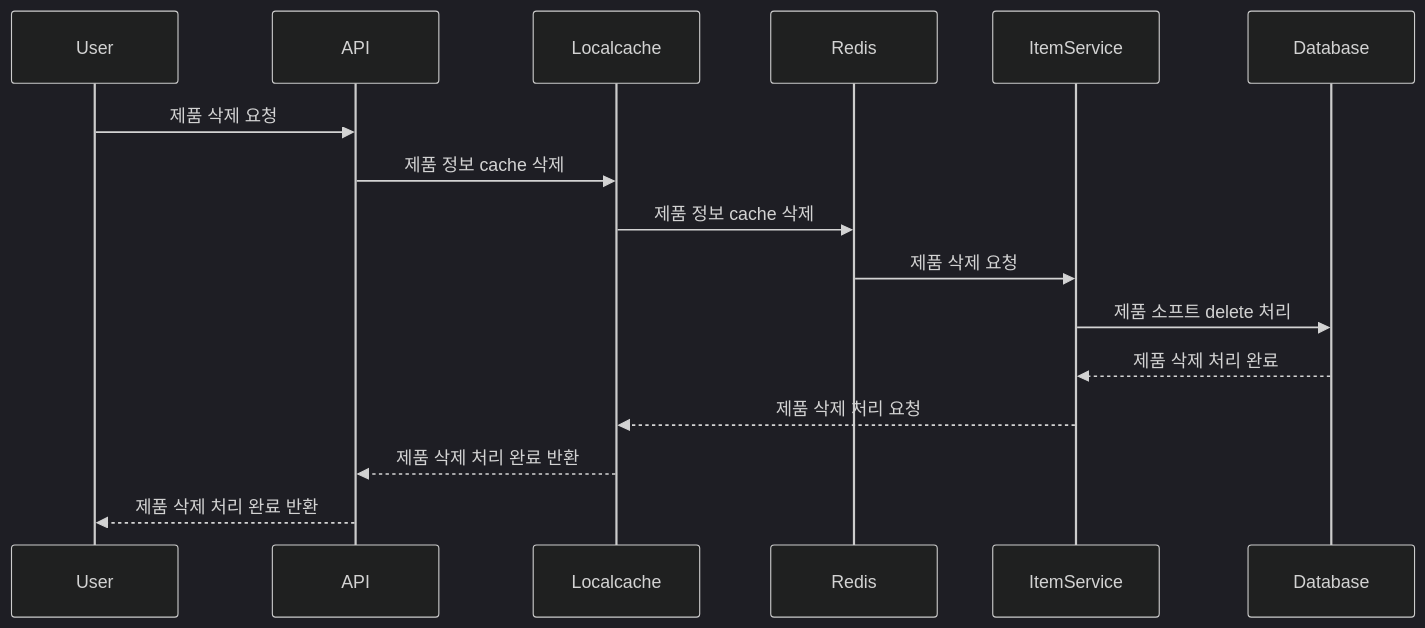
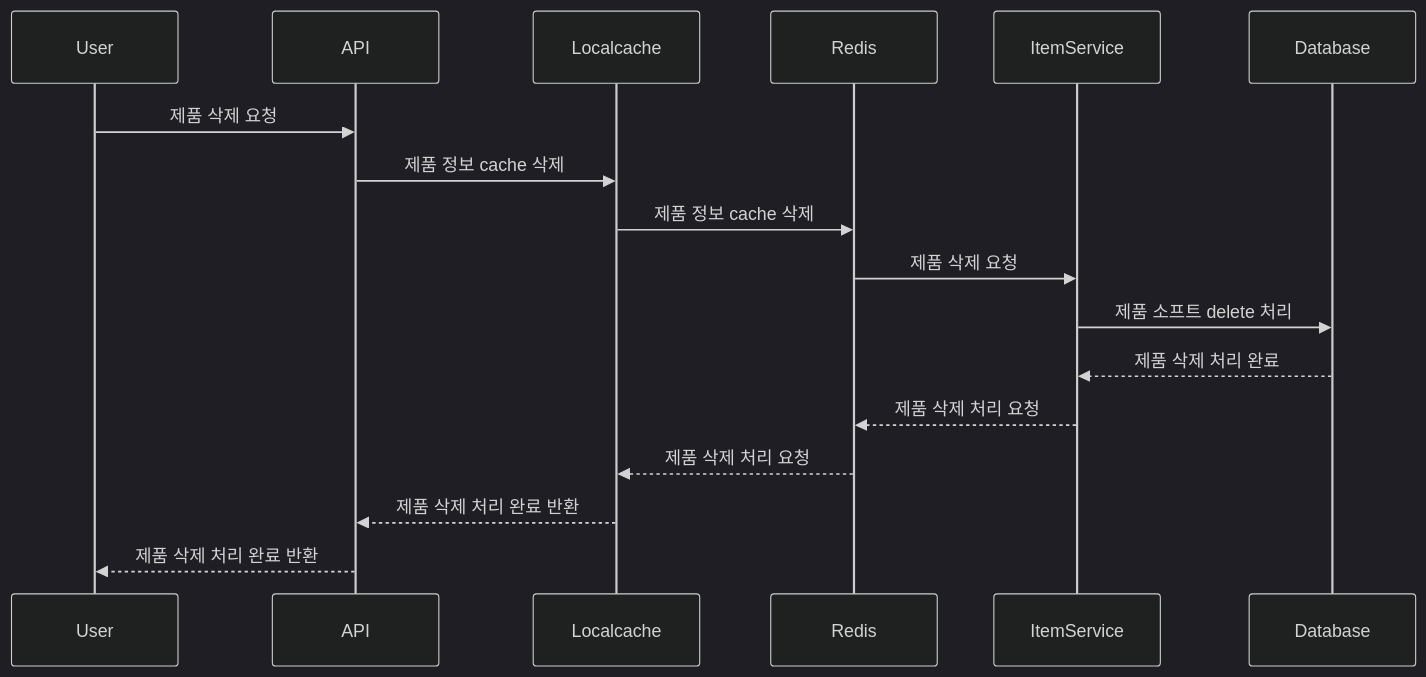
One commit to zzangoobrother/stock-order-project changed the fourth of 5 diagrams in docs/EventSequence.md. Above: the diagram before and after it, drawn with Mermaid (dark theme). The commit also changed other lines of this file, not shown here.

Commit message:
docs : 시쿼스 다이어그램 수정

````diff
--- a/docs/EventSequence.md
+++ b/docs/EventSequence.md
@@ -127,19 +127,20 @@
 ```mermaid
 sequenceDiagram
     participant User
     participant API
     participant Localcache
     participant Redis
     participant ItemService
     participant Database
     
     User->>API: 제품 삭제 요청
     API->>Localcache: 제품 정보 cache 삭제
     Localcache->>Redis: 제품 정보 cache 삭제
     Redis->>ItemService: 제품 삭제 요청
     ItemService->>Database: 제품 소프트 delete 처리
     Database-->>ItemService: 제품 삭제 처리 완료
-    ItemService-->>Localcache: 제품 삭제 처리 요청
+    ItemService-->>Redis: 제품 삭제 처리 요청
+    Redis-->>Localcache: 제품 삭제 처리 요청
     Localcache-->>API: 제품 삭제 처리 완료 반환
     API-->>User: 제품 삭제 처리 완료 반환
 ```
````
